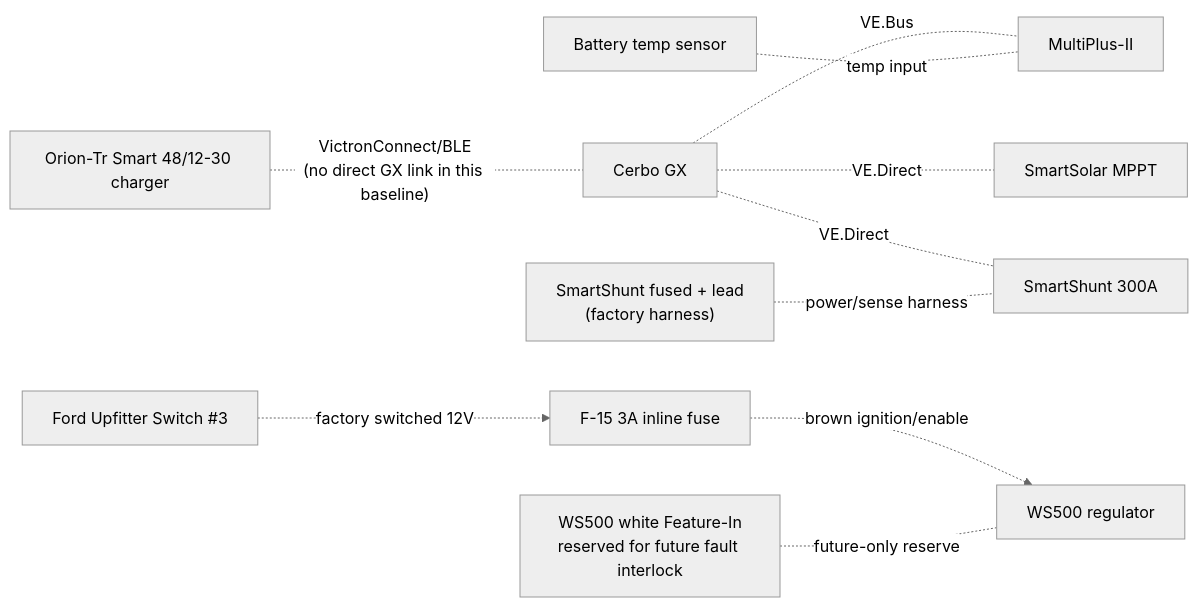
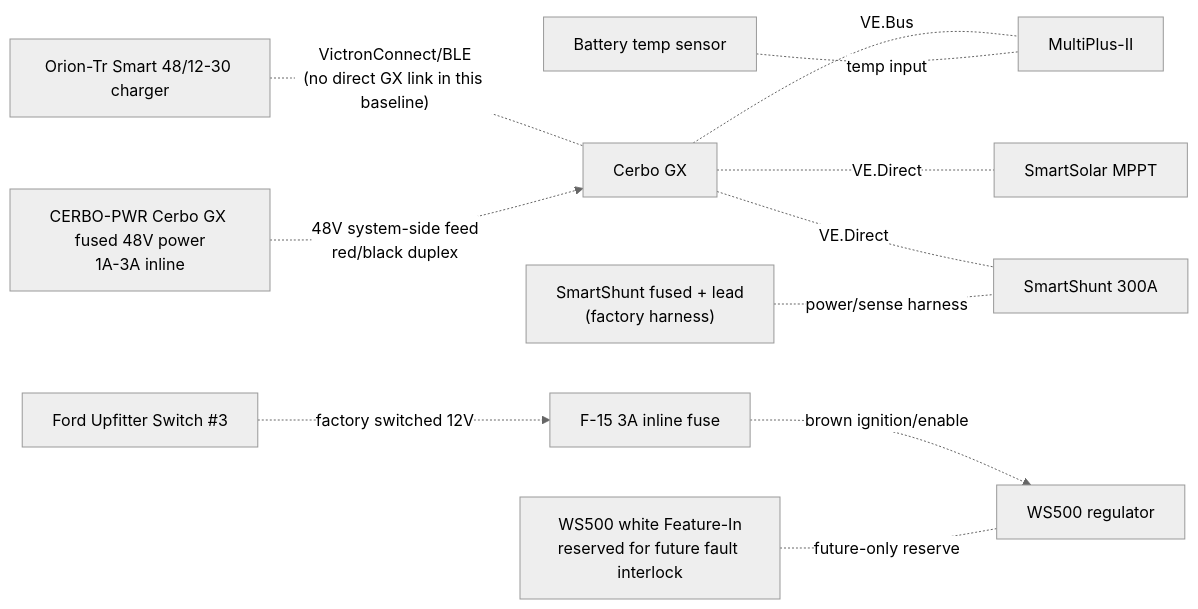
Before and after one commit to DataDaneDev/HiatusBuild: the fourth of 4 diagrams in docs/implementation/ELECTRICAL_overview_diagram.md, drawn with Mermaid (neutral theme). The commit also changed other lines of this file and 31 other files, not shown here.

````diff
--- a/docs/implementation/ELECTRICAL_overview_diagram.md
+++ b/docs/implementation/ELECTRICAL_overview_diagram.md
@@ -280,23 +285,25 @@
 ```mermaid
 flowchart LR
     CERBO["Cerbo GX"]
     MULTI["MultiPlus-II"]
     MPPT["SmartSolar MPPT"]
     SHUNT["SmartShunt 300A"]
     ORION["Orion-Tr Smart 48/12-30 charger"]
     BTEMP["Battery temp sensor"]
     SHUNT_PWR["SmartShunt fused + lead\n(factory harness)"]
+    CERBO_PWR["CERBO-PWR Cerbo GX fused 48V power\n1A-3A inline"]
     UP3["Ford Upfitter Switch #3"]
     F15["F-15 3A inline fuse"]
     WS500["WS500 regulator"]
     FEAT["WS500 white Feature-In\nreserved for future fault interlock"]
 
     CERBO -. "VE.Bus" .- MULTI
     CERBO -. "VE.Direct" .- MPPT
     CERBO -. "VE.Direct" .- SHUNT
     ORION -. "VictronConnect/BLE\n(no direct GX link in this baseline)" .- CERBO
     BTEMP -. "temp input" .- MULTI
     SHUNT_PWR -. "power/sense harness" .- SHUNT
+    CERBO_PWR -. "48V system-side feed\nred/black duplex" .-> CERBO
     UP3 -. "factory switched 12V" .-> F15 -. "brown ignition/enable" .-> WS500
     FEAT -. "future-only reserve" .- WS500
 ```
````
